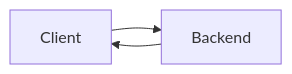
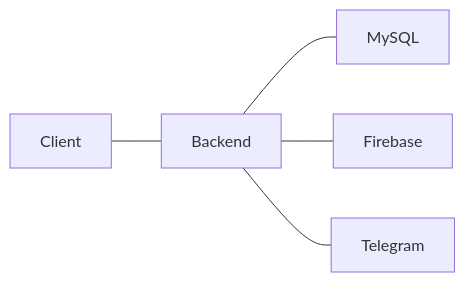
The diagram in README.md (andreashsy/transport-app), drawn with Mermaid before and after one commit.

Commit message:
EDIT: add diagram

````diff
--- a/README.md
+++ b/README.md
@@ -17,5 +17,7 @@
 ```mermaid
 flowchart LR;
-    Client-->Backend;
-    Backend-->Client;
+    Client---Backend;
+    Backend---MySQL;
+    Backend---Firebase;
+    Backend---Telegram;
 ```
````
